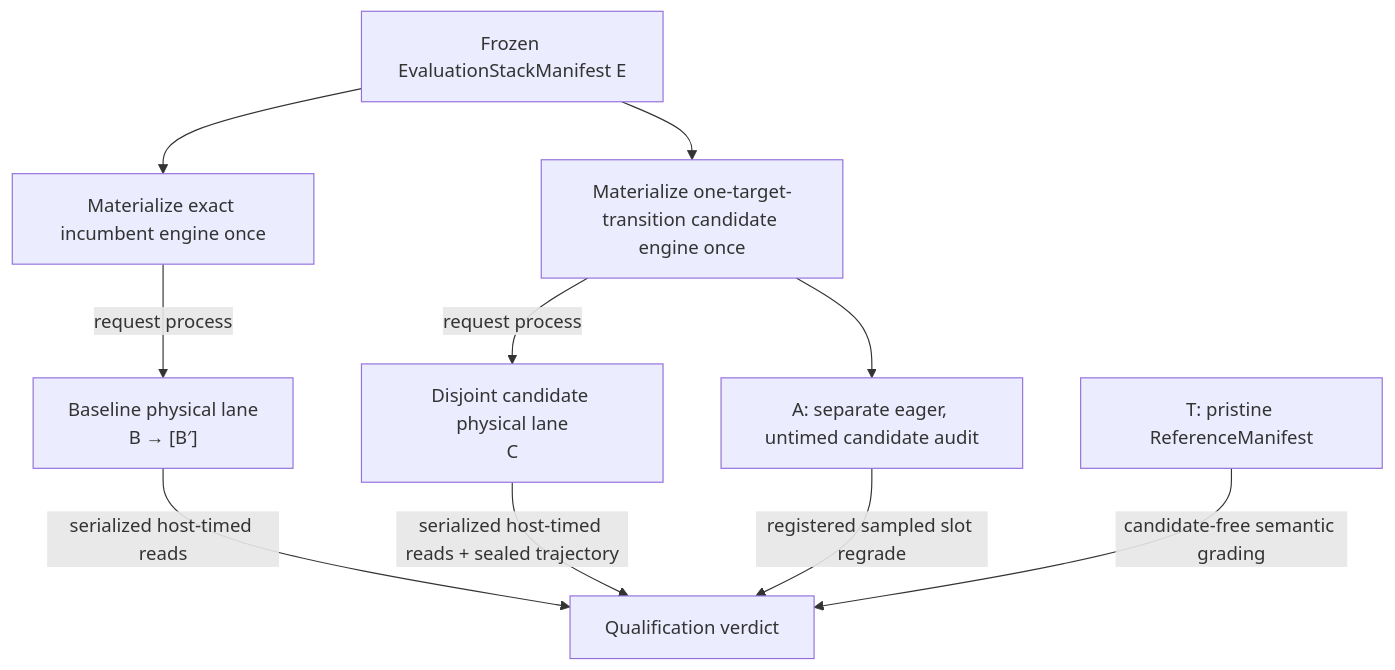
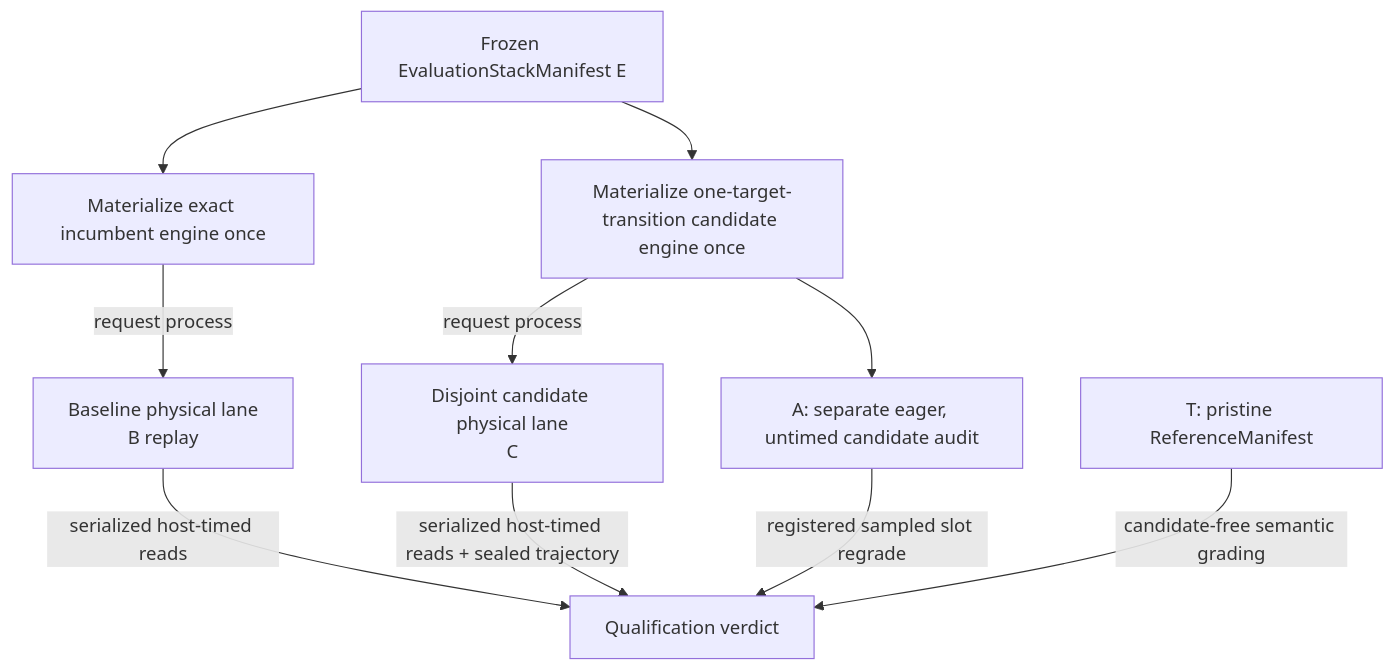
One commit to latent-to/cacheon changed the diagram in docs/architecture/stacks.md. Above: the diagram before and after it, drawn with Mermaid. The commit also changed other lines of this file and 88 other files, not shown here.

````diff
--- a/docs/architecture/stacks.md
+++ b/docs/architecture/stacks.md
@@ -65,20 +65,20 @@
 ```mermaid
 flowchart TB
     E["Frozen EvaluationStackManifest E"]
     I["Materialize exact incumbent engine once"]
     C["Materialize one-target-transition candidate engine once"]
-    L0["Baseline physical lane<br/>B → [B′]"]
+    L0["Baseline physical lane<br/>B replay"]
     L1["Disjoint candidate physical lane<br/>C"]
     A["A: separate eager, untimed candidate audit"]
     T["T: pristine ReferenceManifest"]
 
     E --> I
     E --> C
     I -->|"request process"| L0
     C -->|"request process"| L1
     L0 -->|"serialized host-timed reads"| V["Qualification verdict"]
     L1 -->|"serialized host-timed reads + sealed trajectory"| V
     C --> A
     A -->|"registered sampled slot regrade"| V
     T -->|"candidate-free semantic grading"| V
 ```
````
